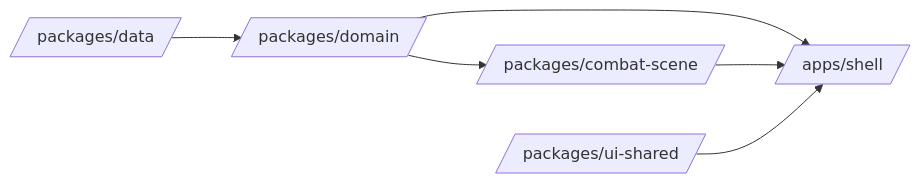
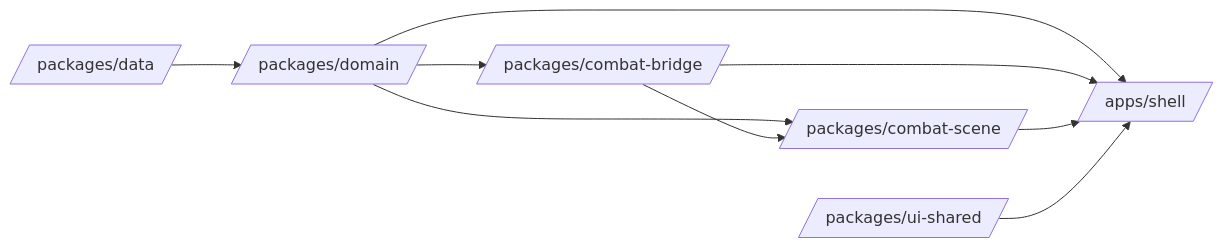
The first of 3 diagrams in docs/architecture_stack.md (PabloDABernal/TheCardCollector), drawn with Mermaid before and after one commit. The commit also changed other lines of this file and 14 other files, not shown here.

First line of the commit message:
H2.3: CombatBridge (pub/sub entre engine y vistas)

````diff
--- a/docs/architecture_stack.md
+++ b/docs/architecture_stack.md
@@ -52,8 +57,11 @@
 ```mermaid
 graph LR
   data[/packages/data/] --> domain
-  domain[/packages/domain/] --> combatscene[/packages/combat-scene/]
+  domain[/packages/domain/] --> combatbridge[/packages/combat-bridge/]
+  domain --> combatscene[/packages/combat-scene/]
   domain --> shell[/apps/shell/]
+  combatbridge --> combatscene
+  combatbridge --> shell
   combatscene --> shell
   uishared[/packages/ui-shared/] --> shell
 ```
````
